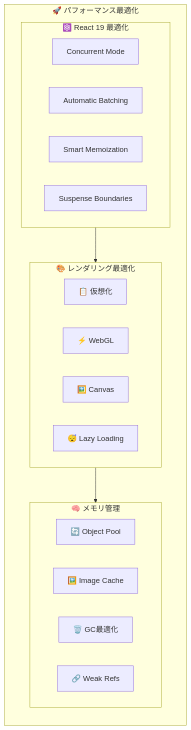
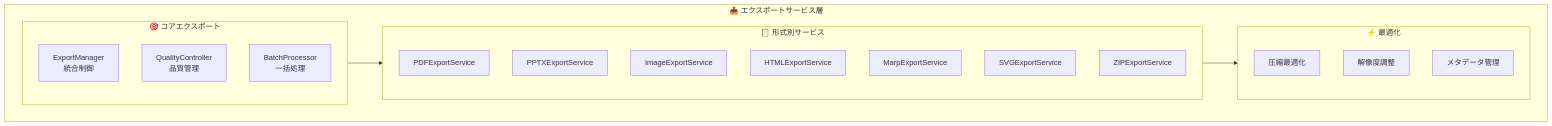
One commit to t2k2pp/SlideMaster changed the seventh of 9 diagrams in docs/02_Basic_Design.md. Above: the diagram before and after it, drawn with Mermaid. The commit also changed other lines of this file and 4 other files, not shown here.

````diff
--- a/docs/02_Basic_Design.md
+++ b/docs/02_Basic_Design.md
@@ -628,30 +501,29 @@
 ```mermaid
 graph TD
-    subgraph Performance_Optimization["🚀 パフォーマンス最適化"]
-        direction TB
-        
-        subgraph React_Optimizations["⚛️ React 19 最適化"]
-            ConcurrentMode["Concurrent Mode"]
-            AutomaticBatching["Automatic Batching"]
-            SmartMemo["Smart Memoization"]
-            SuspenseBoundaries["Suspense Boundaries"]
+    subgraph Export_Services["📤 エクスポートサービス層"]
+        subgraph Core_Export["🎯 コアエクスポート"]
+            ExportManager["ExportManager<br/>統合制御"]
+            QualityController["QualityController<br/>品質管理"]
+            BatchProcessor["BatchProcessor<br/>一括処理"]
         end
         
-        subgraph Rendering_Optimizations["🎨 レンダリング最適化"]
-            Virtualization["📋 仮想化"]
-            WebGLAcceleration["⚡ WebGL"]
-            CanvasOptimization["🖼️ Canvas"]
-            LazyLoading["😴 Lazy Loading"]
+        subgraph Format_Services["📋 形式別サービス"]
+            PDFService["PDFExportService"]
+            PPTXService["PPTXExportService"]
+            ImageService["ImageExportService"]
+            HTMLService["HTMLExportService"]
+            MarpService["MarpExportService"]
+            SVGService["SVGExportService"]
+            ZIPService["ZIPExportService"]
         end
         
-        subgraph Memory_Management["🧠 メモリ管理"]
-            ObjectPooling["🔄 Object Pool"]
-            ImageCaching["🖼️ Image Cache"]
-            GCOptimization["🗑️ GC最適化"]
-            WeakReferences["🔗 Weak Refs"]
+        subgraph Optimization["⚡ 最適化"]
+            Compression["圧縮最適化"]
+            Resolution["解像度調整"]
+            Metadata["メタデータ管理"]
         end
     end
     
-    React_Optimizations --> Rendering_Optimizations
-    Rendering_Optimizations --> Memory_Management
+    Core_Export --> Format_Services
+    Format_Services --> Optimization
 ```
````
